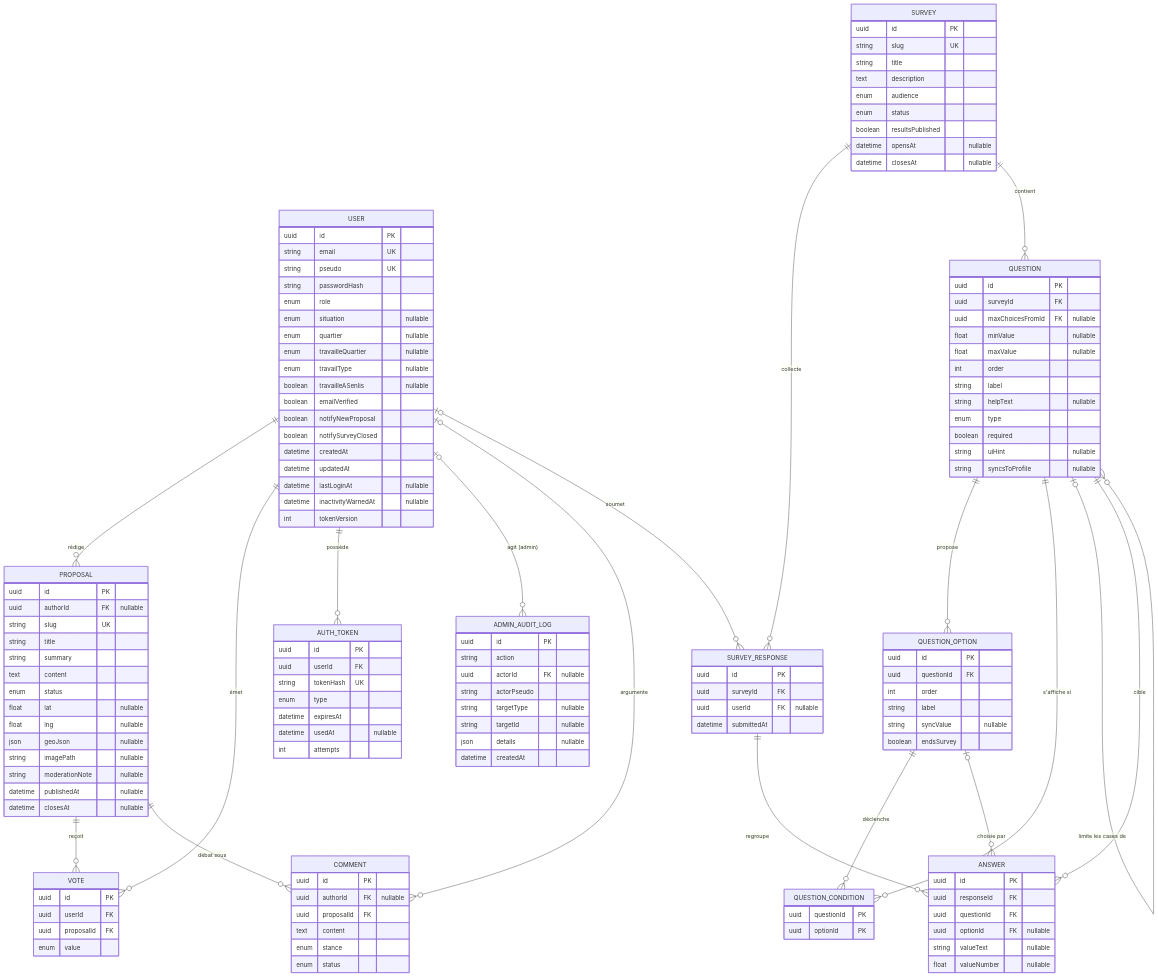
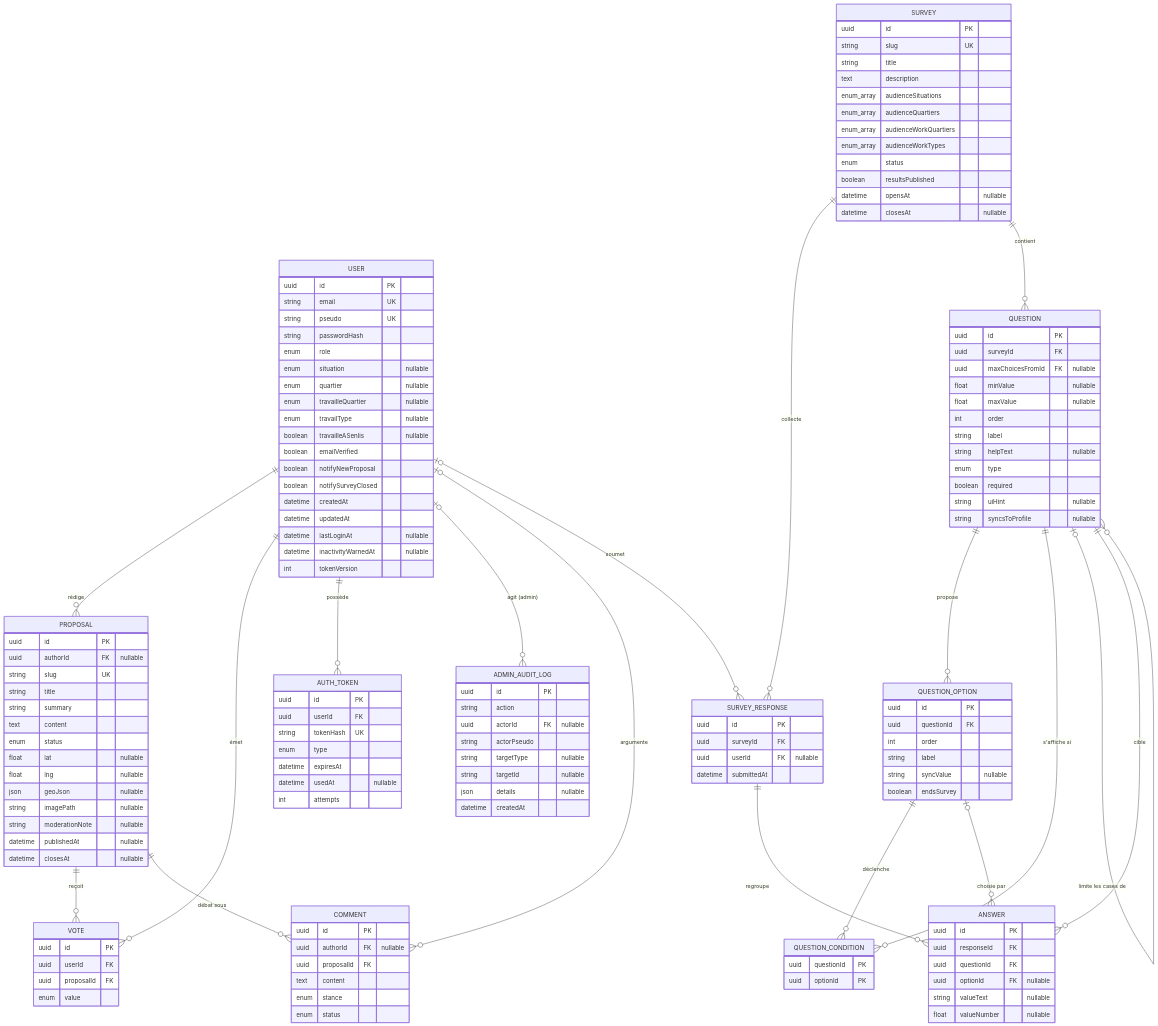
Before and after one commit to Nathalie-Leduc/Senlis-Participatif-docs: the diagram in 02-diagramme-erd.md, drawn with Mermaid. The commit also changed other lines of this file and 7 other files, not shown here.

```diff
--- a/02-diagramme-erd.md
+++ b/02-diagramme-erd.md
@@ -99,7 +99,10 @@
         string slug UK
         string title
         text description
-        enum audience
+        enum_array audienceSituations
+        enum_array audienceQuartiers
+        enum_array audienceWorkQuartiers
+        enum_array audienceWorkTypes
         enum status
         boolean resultsPublished
         datetime opensAt "nullable"
```
